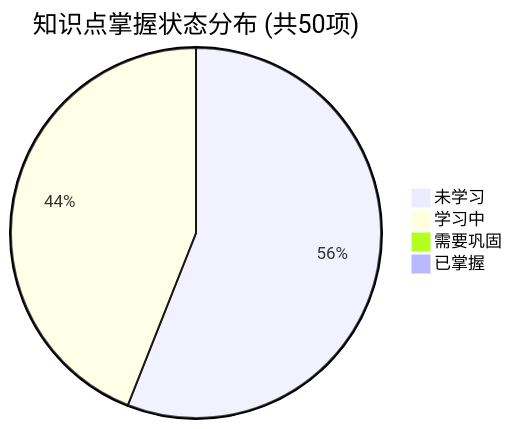
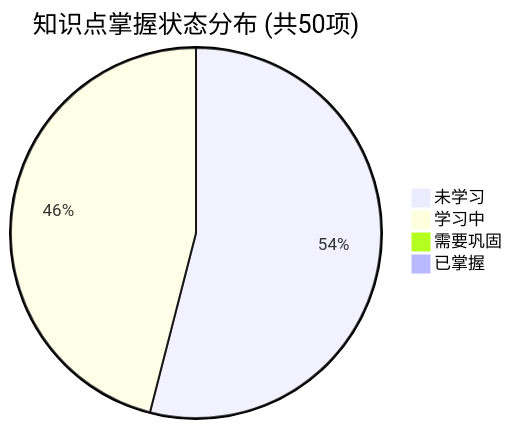
The first of 2 diagrams in PROGRESS.md (tieke1121/tech-interview-knowledge-base), drawn with Mermaid before and after one commit. The commit also changed other lines of this file and 1 other file, not shown here.

````diff
--- a/PROGRESS.md
+++ b/PROGRESS.md
@@ -23,7 +23,7 @@
 ```mermaid
 pie title 知识点掌握状态分布 (共50项)
-    "未学习" : 28
-    "学习中" : 22
+    "未学习" : 27
+    "学习中" : 23
     "需要巩固" : 0
     "已掌握" : 0
 ```
````
